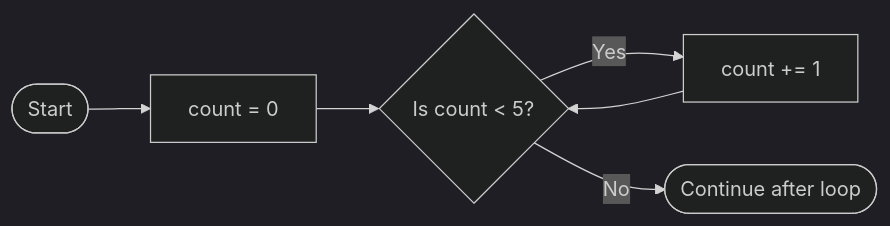
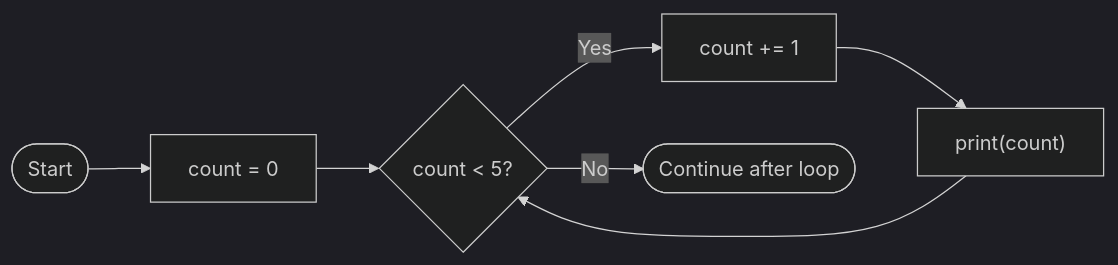
The seventh of 7 diagrams in docs/en/python/control_flow/1_level/1_level_control_flow.md (Rokiis1/Teaching-Materia), drawn with Mermaid (dark theme) before and after one commit. The commit also changed other lines of this file, not shown here.

Commit message:
Updated  level 1 control flow documentation

````diff
--- a/docs/en/python/control_flow/1_level/1_level_control_flow.md
+++ b/docs/en/python/control_flow/1_level/1_level_control_flow.md
@@ -444,10 +624,9 @@
 ```mermaid
 flowchart LR
     A([Start]) --> B["count = 0"]
-    B --> C{"Is count < 5?"}
-
+    B --> C{"count < 5?"}
     C -->|Yes| D["count += 1"]
-    D --> C
-
-    C -->|No| E([Continue after loop])
+    D --> E["print(count)"]
+    E --> C
+    C -->|No| F([Continue after loop])
 ```
````
